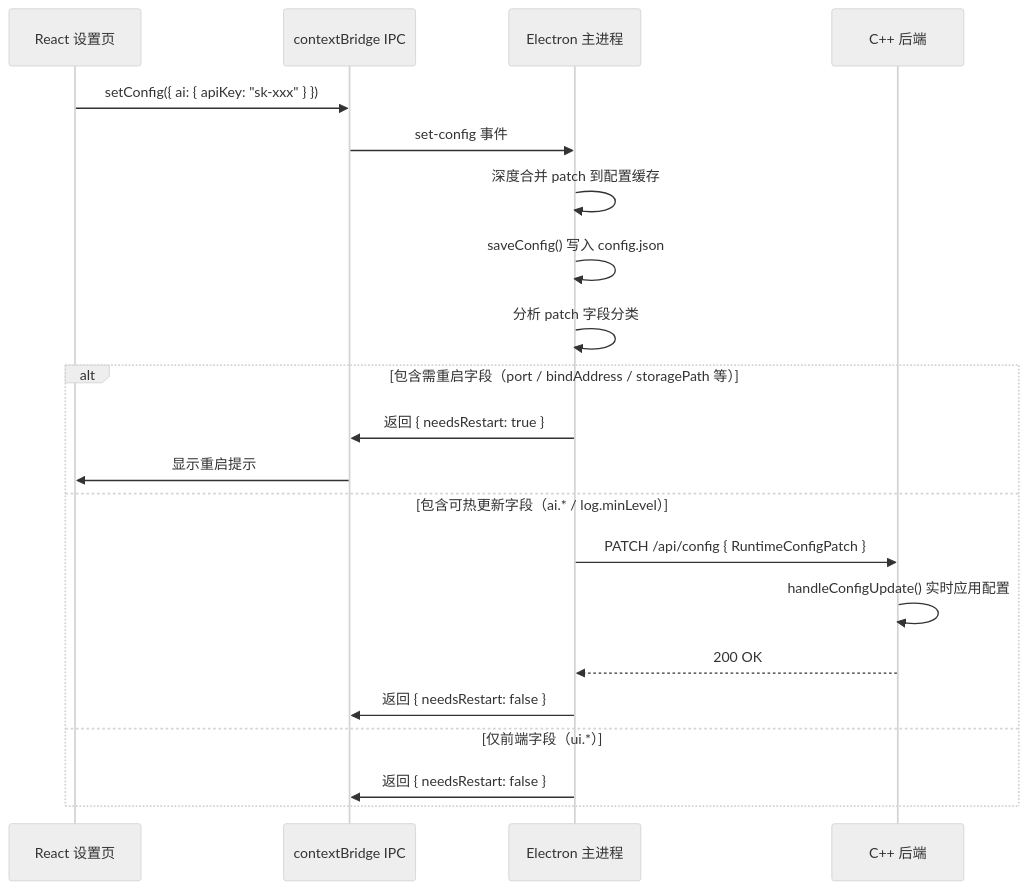
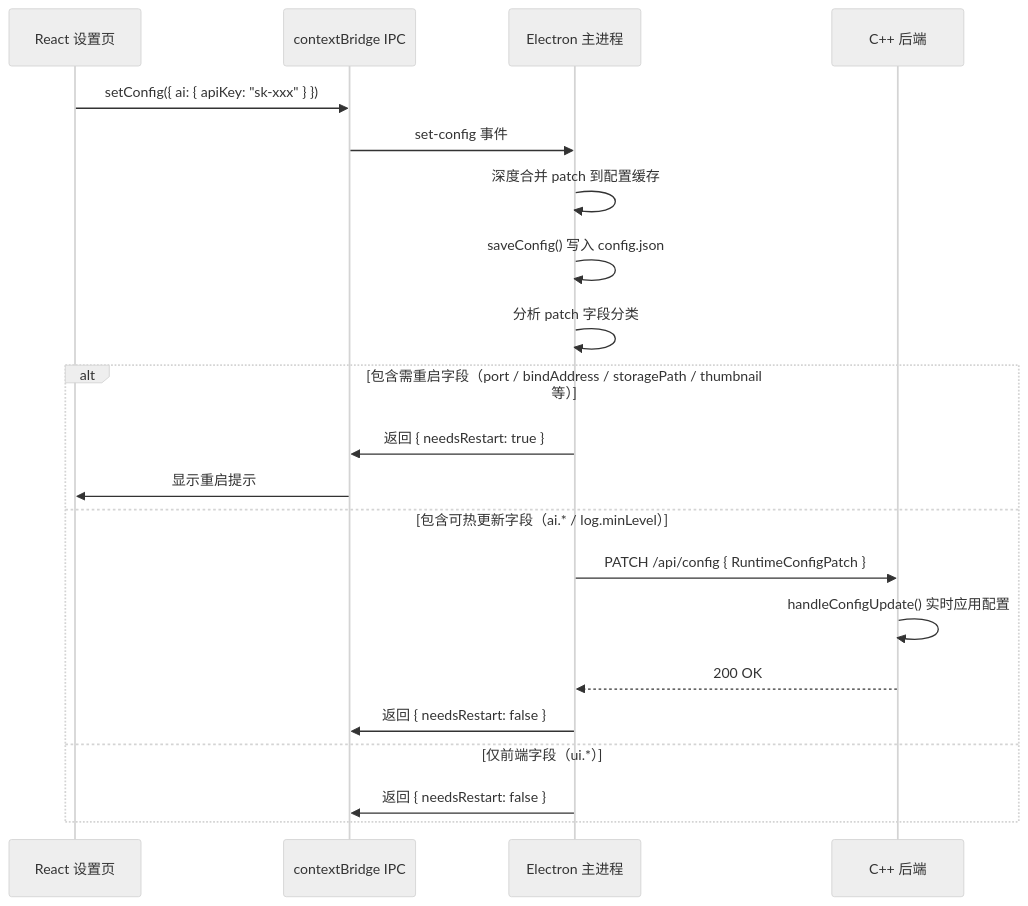
The third of 3 diagrams in docs/arch/config.md (MintITes/QuickMemes), drawn with Mermaid (neutral theme) before and after one commit. The commit also changed other lines of this file and 8 other files, not shown here.

````diff
--- a/docs/arch/config.md
+++ b/docs/arch/config.md
@@ -351,24 +351,24 @@
 ```mermaid
 sequenceDiagram
     participant React as React 设置页
     participant IPC as contextBridge IPC
     participant Main as Electron 主进程
     participant CPP as C++ 后端
 
     React->>IPC: setConfig({ ai: { apiKey: "sk-xxx" } })
     IPC->>Main: set-config 事件
     Main->>Main: 深度合并 patch 到配置缓存
     Main->>Main: saveConfig() 写入 config.json
     Main->>Main: 分析 patch 字段分类
-    alt 包含需重启字段（port / bindAddress / storagePath 等）
+    alt 包含需重启字段（port / bindAddress / storagePath / thumbnail 等）
         Main->>IPC: 返回 { needsRestart: true }
         IPC->>React: 显示重启提示
     else 包含可热更新字段（ai.* / log.minLevel）
         Main->>CPP: PATCH /api/config { RuntimeConfigPatch }
         CPP->>CPP: handleConfigUpdate() 实时应用配置
         CPP-->>Main: 200 OK
         Main->>IPC: 返回 { needsRestart: false }
     else 仅前端字段（ui.*）
         Main->>IPC: 返回 { needsRestart: false }
     end
 ```
````
